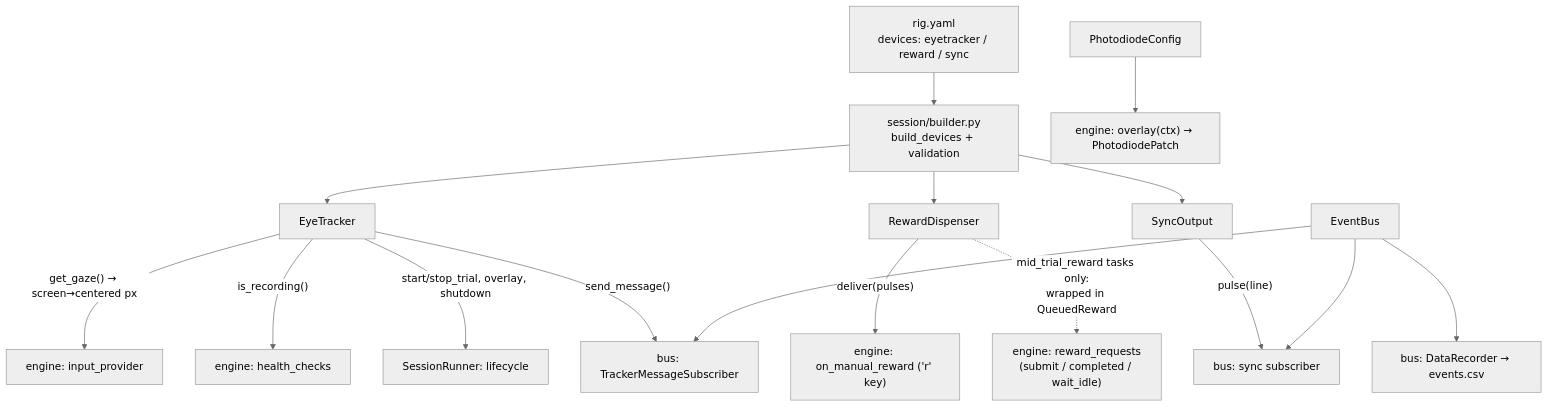
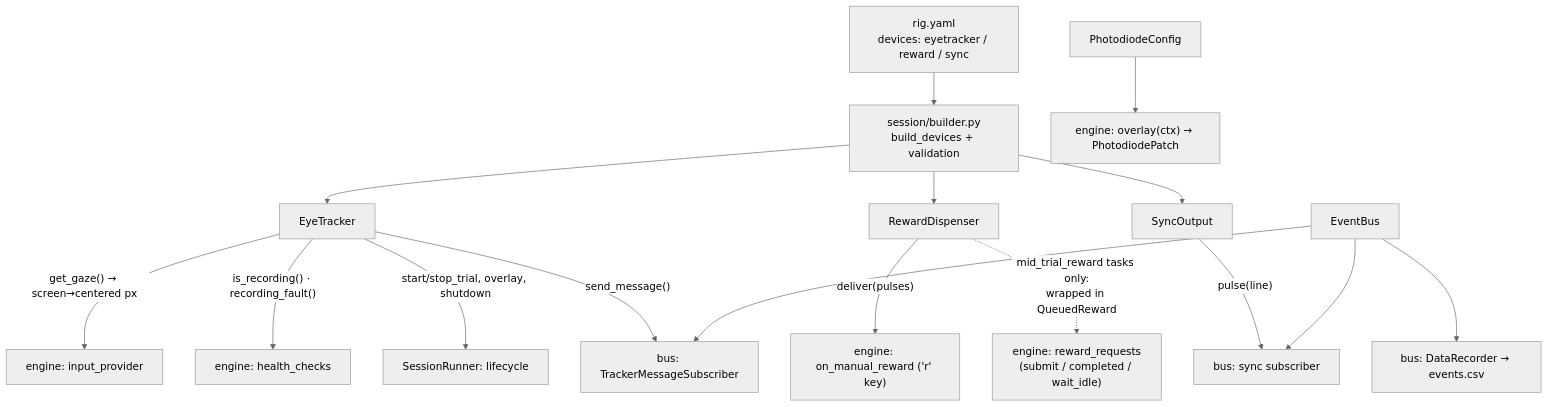
Before and after one commit to sh4r11f/alhazen: the first of 13 diagrams in docs/architecture.md, drawn with Mermaid (neutral theme). The commit also changed other lines of this file and 26 other files, not shown here.

````diff
--- a/docs/architecture.md
+++ b/docs/architecture.md
@@ -301,18 +315,18 @@
 ```mermaid
 graph TB
     RIG["rig.yaml<br/>devices: eyetracker / reward / sync"] --> B["session/builder.py<br/>build_devices + validation"]
     B --> TRK["EyeTracker"]
     B --> RWD["RewardDispenser"]
     B --> SNC["SyncOutput"]
     TRK -->|"get_gaze() → screen→centered px"| IP["engine: input_provider"]
-    TRK -->|"is_recording()"| HC["engine: health_checks"]
+    TRK -->|"is_recording() · recording_fault()"| HC["engine: health_checks"]
     TRK -->|"start/stop_trial, overlay, shutdown"| RUN["SessionRunner: lifecycle"]
     RWD -->|"deliver(pulses)"| MR["engine: on_manual_reward ('r' key)"]
     RWD -.->|"mid_trial_reward tasks only:<br/>wrapped in QueuedReward"| QR["engine: reward_requests<br/>(submit / completed / wait_idle)"]
     TRK -->|"send_message()"| SUB1["bus: TrackerMessageSubscriber"]
     SNC -->|"pulse(line)"| SUB2["bus: sync subscriber"]
     BUS["EventBus"] --> SUB1
     BUS --> SUB2
     BUS --> REC["bus: DataRecorder → events.csv"]
     PD["PhotodiodeConfig"] --> OV["engine: overlay(ctx) → PhotodiodePatch"]
 ```
````
